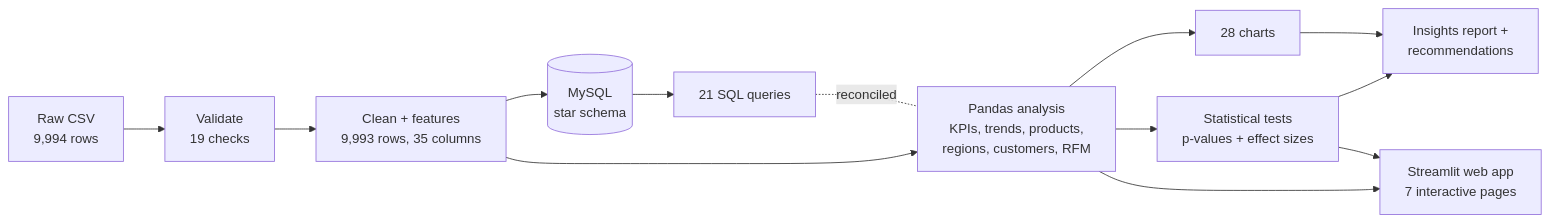
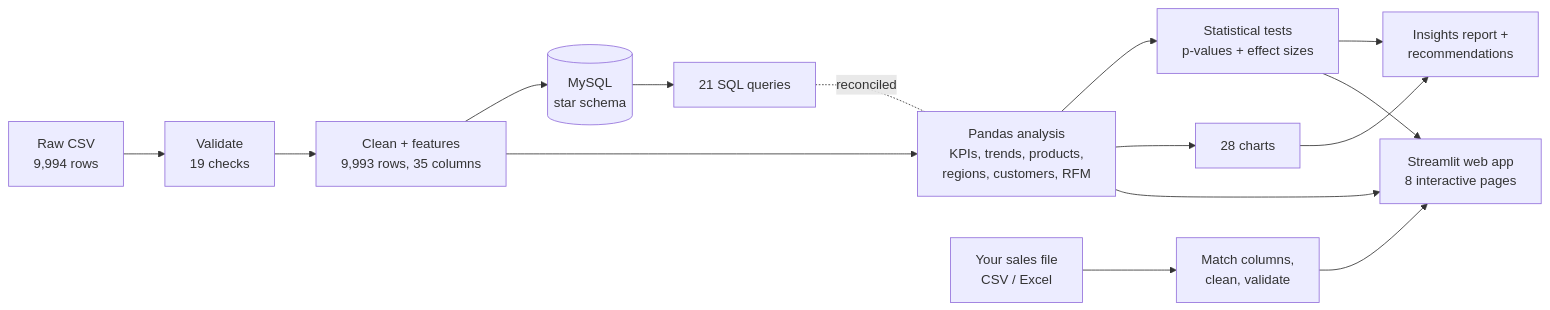
The diagram in README.md (Kalai-coder-DS/SalesInsight), drawn with Mermaid before and after one commit. The commit also changed other lines of this file, not shown here.

````diff
--- a/README.md
+++ b/README.md
@@ -72,15 +74,16 @@
 ```mermaid
 flowchart LR
     A[Raw CSV<br/>9,994 rows] --> B[Validate<br/>19 checks]
     B --> C[Clean + features<br/>9,993 rows, 35 columns]
     C --> D[(MySQL<br/>star schema)]
     D --> E[21 SQL queries]
     C --> F[Pandas analysis<br/>KPIs, trends, products,<br/>regions, customers, RFM]
     F --> G[Statistical tests<br/>p-values + effect sizes]
     E -. reconciled .- F
     F --> H[28 charts]
     G --> I[Insights report +<br/>recommendations]
     H --> I
-    F --> W[Streamlit web app<br/>7 interactive pages]
+    F --> W[Streamlit web app<br/>8 interactive pages]
     G --> W
+    U[Your sales file<br/>CSV / Excel] --> V[Match columns,<br/>clean, validate] --> W
 ```
````
